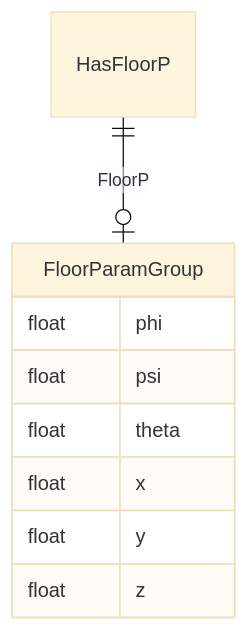
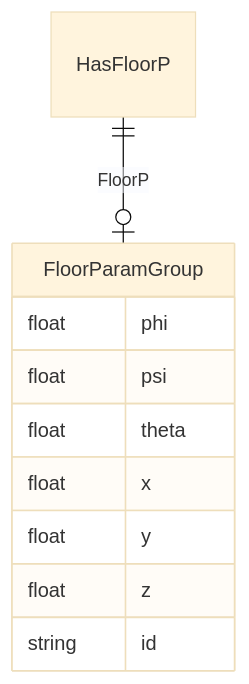
Before and after one commit to pals-project/pals-facility-config: the diagram in docs/elements/classes/HasFloorP.md, drawn with Mermaid (base theme). The commit also changed other lines of this file and 499 other files, not shown here.

````diff
--- a/docs/elements/classes/HasFloorP.md
+++ b/docs/elements/classes/HasFloorP.md
@@ -10,17 +10,18 @@
 ```mermaid
 erDiagram
 FloorParamGroup {
     float phi  
     float psi  
     float theta  
     float x  
     float y  
     float z  
+    string id  
 }
 HasFloorP {
 
 }
 
 HasFloorP ||--|o FloorParamGroup : "FloorP"
 
 ```
````
